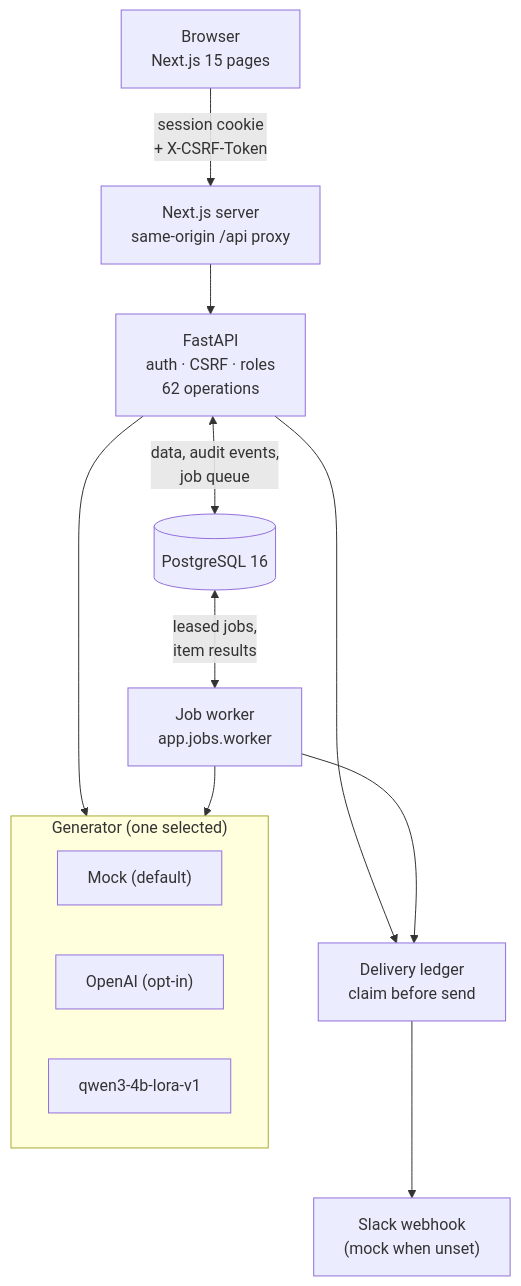
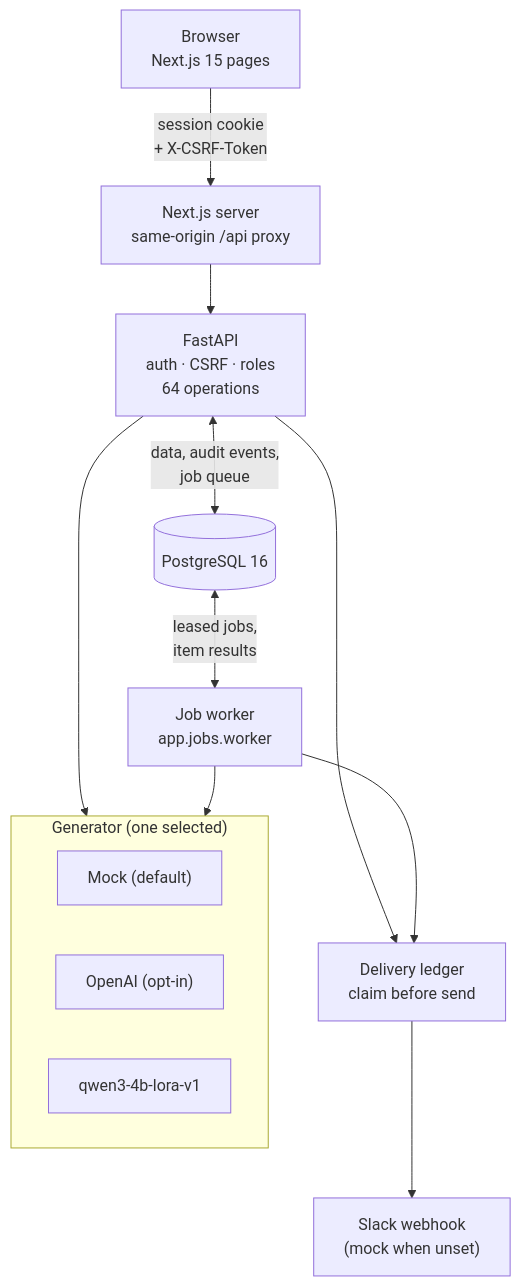
Before and after one commit to AhmedKamal-41/gtmflow-ai: the first of 5 diagrams in README.md, drawn with Mermaid. The commit also changed other lines of this file and 65 other files, not shown here.

````diff
--- a/README.md
+++ b/README.md
@@ -167,22 +173,22 @@
 ```mermaid
 flowchart TB
     UI["Browser<br/>Next.js 15 pages"] -->|"session cookie<br/>+ X-CSRF-Token"| Proxy["Next.js server<br/>same-origin /api proxy"]
-    Proxy --> API["FastAPI<br/>auth · CSRF · roles<br/>62 operations"]
+    Proxy --> API["FastAPI<br/>auth · CSRF · roles<br/>64 operations"]
 
     API <-->|"data, audit events,<br/>job queue"| PG[("PostgreSQL 16")]
     PG <-->|"leased jobs,<br/>item results"| Worker["Job worker<br/>app.jobs.worker"]
 
     API --> Gen
     Worker --> Gen
     API --> Ledger
     Worker --> Ledger
 
     subgraph Gen["Generator (one selected)"]
         direction LR
         Mock["Mock (default)"]
         OpenAI["OpenAI (opt-in)"]
         LoRA["qwen3-4b-lora-v1"]
     end
 
     Ledger["Delivery ledger<br/>claim before send"] --> Slack["Slack webhook<br/>(mock when unset)"]
 ```
````
